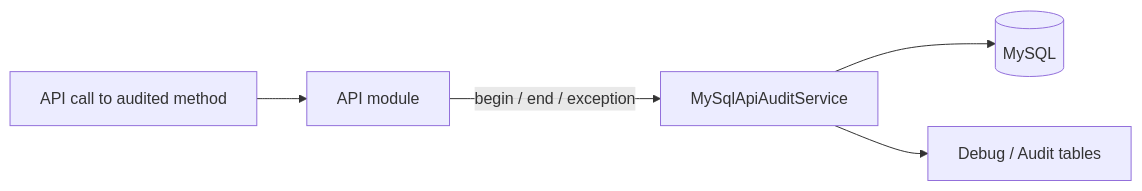
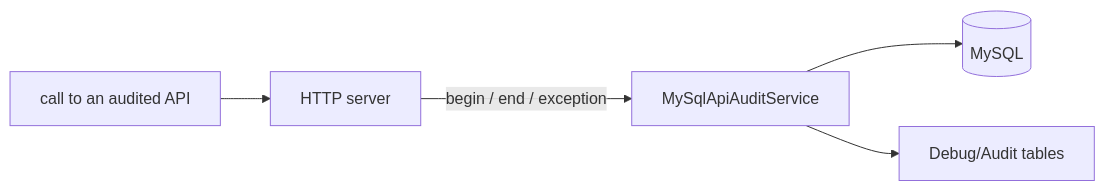
The diagram in SysWeaver.MicroService.MySqlAudit/README.md (dosh1974/SysWeaver), drawn with Mermaid before and after one commit. The commit also changed other lines of this file and 532 other files, not shown here.

````diff
--- a/SysWeaver.MicroService.MySqlAudit/README.md
+++ b/SysWeaver.MicroService.MySqlAudit/README.md
@@ -18,7 +18,7 @@
 ```mermaid
 flowchart LR
-  Call["API call to audited method"] --> ApiM["API module"]
-  ApiM -->|begin / end / exception| Audit["MySqlApiAuditService"]
+  Call["call to an audited API"] --> Srv["HTTP server"]
+  Srv -->|"begin / end / exception"| Audit["MySqlApiAuditService"]
   Audit --> DB[("MySQL")]
-  Audit --> Tables["Debug / Audit tables"]
+  Audit --> Tables["Debug/Audit tables"]
 ```
````
